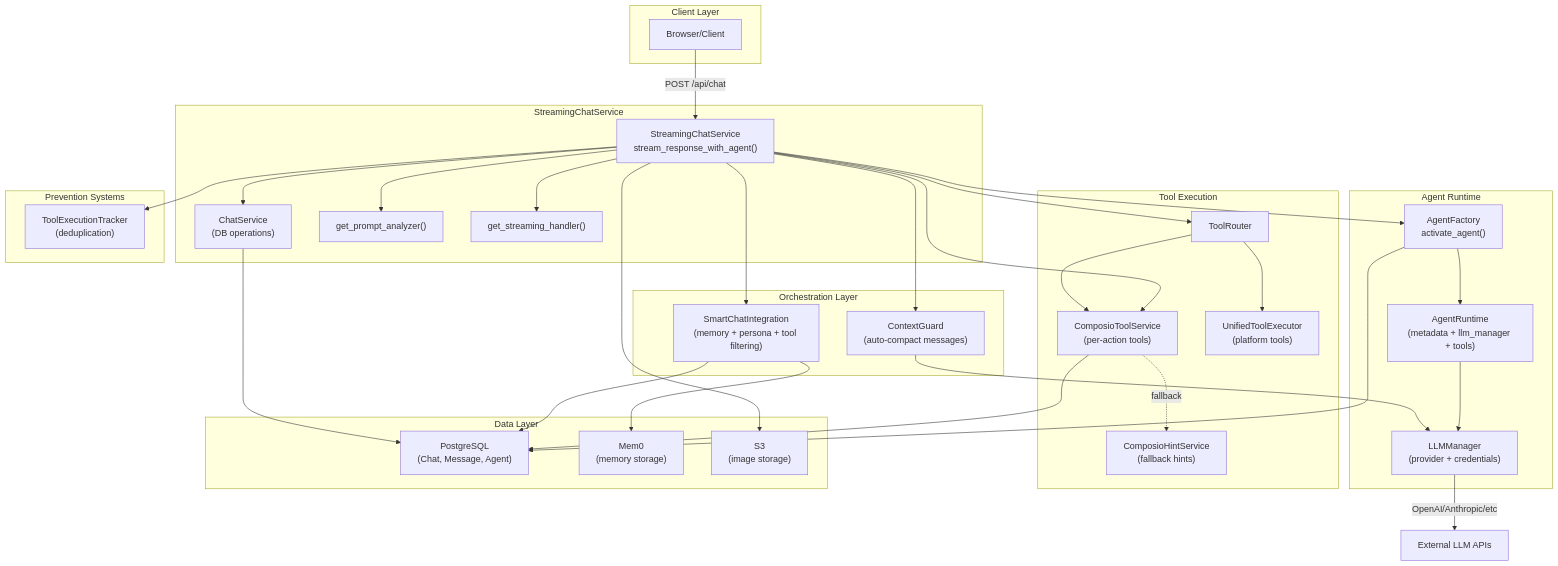
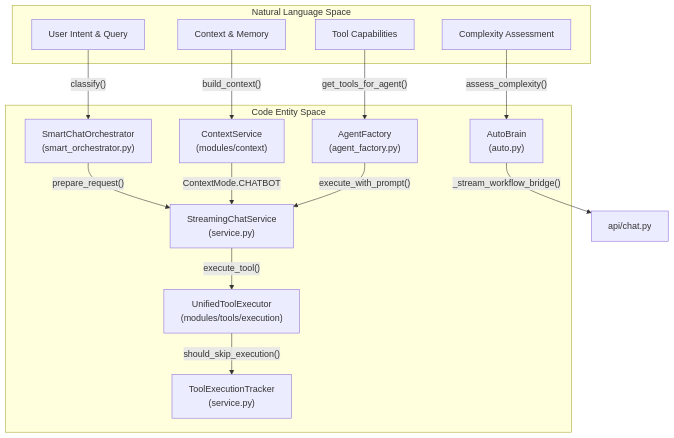
One commit to AutomatosAI/automatos-ai changed the first of 3 diagrams in docs/chat-interface/streaming-chat-service.md. Above: the diagram before and after it, drawn with Mermaid. The commit also changed other lines of this file and 149 other files, not shown here.

Commit message:
docs: refresh documentation with graphify semantic scan

````diff
--- a/docs/chat-interface/streaming-chat-service.md
+++ b/docs/chat-interface/streaming-chat-service.md
@@ -34,73 +53,30 @@
 ```mermaid
-graph TB
-    subgraph "Client Layer"
-        Browser["Browser/Client"]
+graph TD
+    subgraph "Natural Language Space"
+        UserIntent["User Intent & Query"]
+        Context["Context & Memory"]
+        Tools["Tool Capabilities"]
+        Complexity["Complexity Assessment"]
     end
-    
-    subgraph "StreamingChatService"
-        SCS["StreamingChatService<br/>stream_response_with_agent()"]
-        ChatService["ChatService<br/>(DB operations)"]
-        PromptAnalyzer["get_prompt_analyzer()"]
-        StreamHandler["get_streaming_handler()"]
+
+    subgraph "Code Entity Space"
+        SCS["StreamingChatService<br/>(service.py)"]
+        SCO["SmartChatOrchestrator<br/>(smart_orchestrator.py)"]
+        CS["ContextService<br/>(modules/context)"]
+        AF["AgentFactory<br/>(agent_factory.py)"]
+        UTE["UnifiedToolExecutor<br/>(modules/tools/execution)"]
+        TET["ToolExecutionTracker<br/>(service.py)"]
+        AB["AutoBrain<br/>(auto.py)"]
     end
-    
-    subgraph "Agent Runtime"
-        AgentFactory["AgentFactory<br/>activate_agent()"]
-        AgentRuntime["AgentRuntime<br/>(metadata + llm_manager + tools)"]
-        LLMManager["LLMManager<br/>(provider + credentials)"]
-    end
-    
-    subgraph "Orchestration Layer"
-        SmartChat["SmartChatIntegration<br/>(memory + persona + tool filtering)"]
-        ContextGuard["ContextGuard<br/>(auto-compact messages)"]
-    end
-    
-    subgraph "Tool Execution"
-        ToolRouter["ToolRouter"]
-        ComposioToolService["ComposioToolService<br/>(per-action tools)"]
-        ComposioHintService["ComposioHintService<br/>(fallback hints)"]
-        UnifiedToolExecutor["UnifiedToolExecutor<br/>(platform tools)"]
-    end
-    
-    subgraph "Prevention Systems"
-        ToolTracker["ToolExecutionTracker<br/>(deduplication)"]
-    end
-    
-    subgraph "Data Layer"
-        DB["PostgreSQL<br/>(Chat, Message, Agent)"]
-        Mem0["Mem0<br/>(memory storage)"]
-        S3["S3<br/>(image storage)"]
-    end
-    
-    Browser -->|"POST /api/chat"| SCS
-    SCS --> ChatService
-    SCS --> PromptAnalyzer
-    SCS --> StreamHandler
-    SCS --> AgentFactory
-    
-    AgentFactory --> DB
-    AgentFactory --> AgentRuntime
-    AgentRuntime --> LLMManager
-    
-    SCS --> SmartChat
-    SmartChat --> Mem0
-    SmartChat --> DB
-    
-    SCS --> ContextGuard
-    ContextGuard --> LLMManager
-    
-    SCS --> ComposioToolService
-    ComposioToolService --> DB
-    ComposioToolService -.fallback.-> ComposioHintService
-    
-    SCS --> ToolRouter
-    ToolRouter --> UnifiedToolExecutor
-    ToolRouter --> ComposioToolService
-    
-    SCS --> ToolTracker
-    
-    ChatService --> DB
-    SCS --> S3
-    
-    LLMManager -->|"OpenAI/Anthropic/etc"| External["External LLM APIs"]
+
+    UserIntent -->|"classify()"| SCO
+    SCO -->|"prepare_request()"| SCS
+    Context -->|"build_context()"| CS
+    CS -->|"ContextMode.CHATBOT"| SCS
+    Tools -->|"get_tools_for_agent()"| AF
+    AF -->|"execute_with_prompt()"| SCS
+    SCS -->|"execute_tool()"| UTE
+    UTE -->|"should_skip_execution()"| TET
+    Complexity -->|"assess_complexity()"| AB
+    AB -->|"_stream_workflow_bridge()"| AB_API["api/chat.py"]
 ```
````
